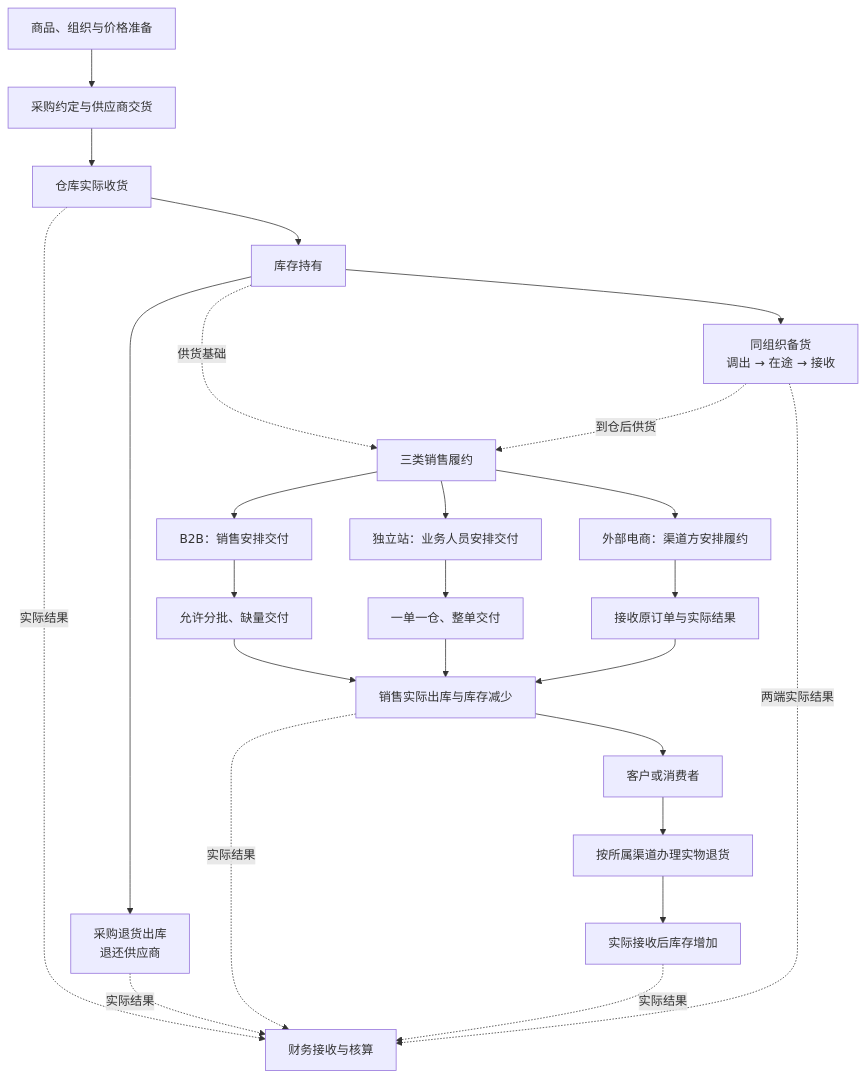
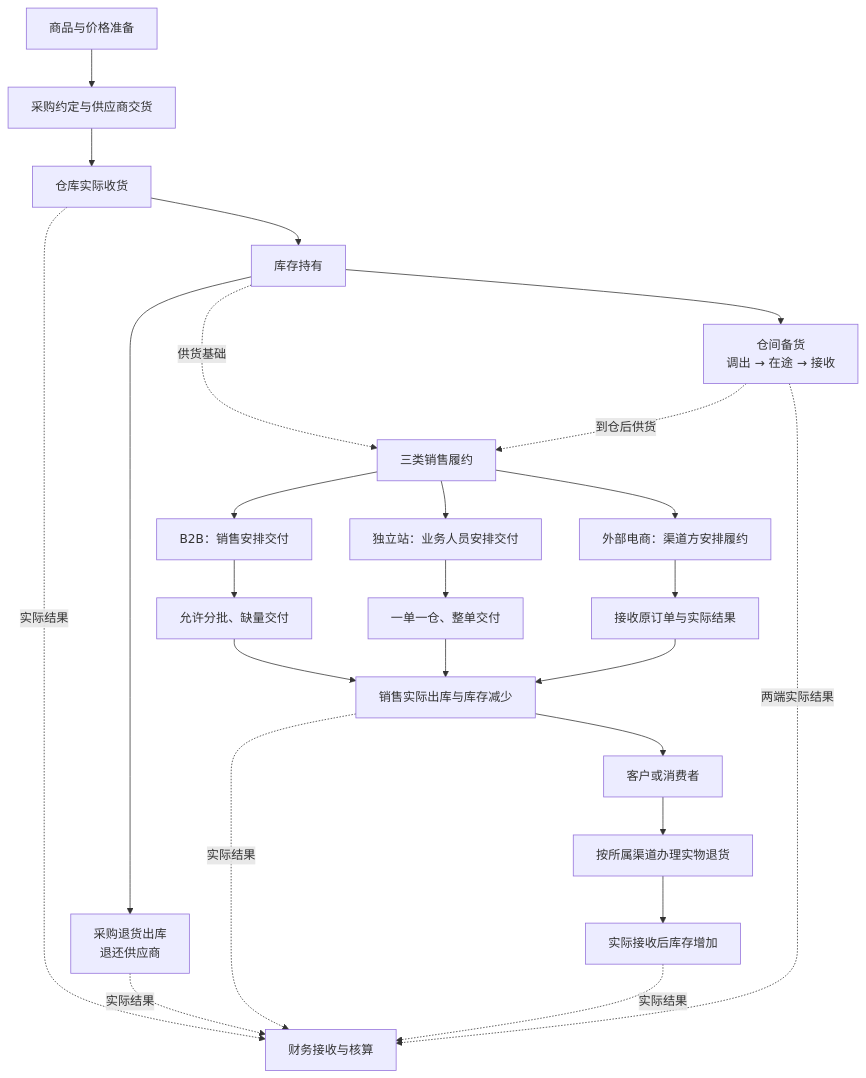
The diagram in 03-业务分析和设计/00-业务蓝图.md (TopVitamin/QS-ERP-Project), drawn with Mermaid before and after one commit. The commit also changed other lines of this file and 46 other files, not shown here.

````diff
--- a/03-业务分析和设计/00-业务蓝图.md
+++ b/03-业务分析和设计/00-业务蓝图.md
@@ -20,27 +20,27 @@
 ```mermaid
 flowchart TB
-    A[商品、组织与价格准备] --> B[采购约定与供应商交货]
+    A[商品与价格准备] --> B[采购约定与供应商交货]
     B --> C[仓库实际收货]
     C --> D[库存持有]
-    D --> E[同组织备货<br/>调出 → 在途 → 接收]
+    D --> E[仓间备货<br/>调出 → 在途 → 接收]
     D --> R[采购退货出库<br/>退还供应商]
     D -.供货基础.-> S[三类销售履约]
     E -.到仓后供货.-> S
     S --> B1[B2B：销售安排交付]
     S --> S1[独立站：业务人员安排交付]
     S --> T1[外部电商：渠道方安排履约]
     B1 --> B2[允许分批、缺量交付]
     S1 --> S2[一单一仓、整单交付]
     T1 --> T2[接收原订单与实际结果]
     B2 --> O[销售实际出库与库存减少]
     S2 --> O
     T2 --> O
     O --> U[客户或消费者]
     U --> V[按所属渠道办理实物退货]
     V --> W[实际接收后库存增加]
     C -.实际结果.-> F[财务接收与核算]
     R -.实际结果.-> F
     O -.实际结果.-> F
     W -.实际结果.-> F
     E -.两端实际结果.-> F
 ```
````
